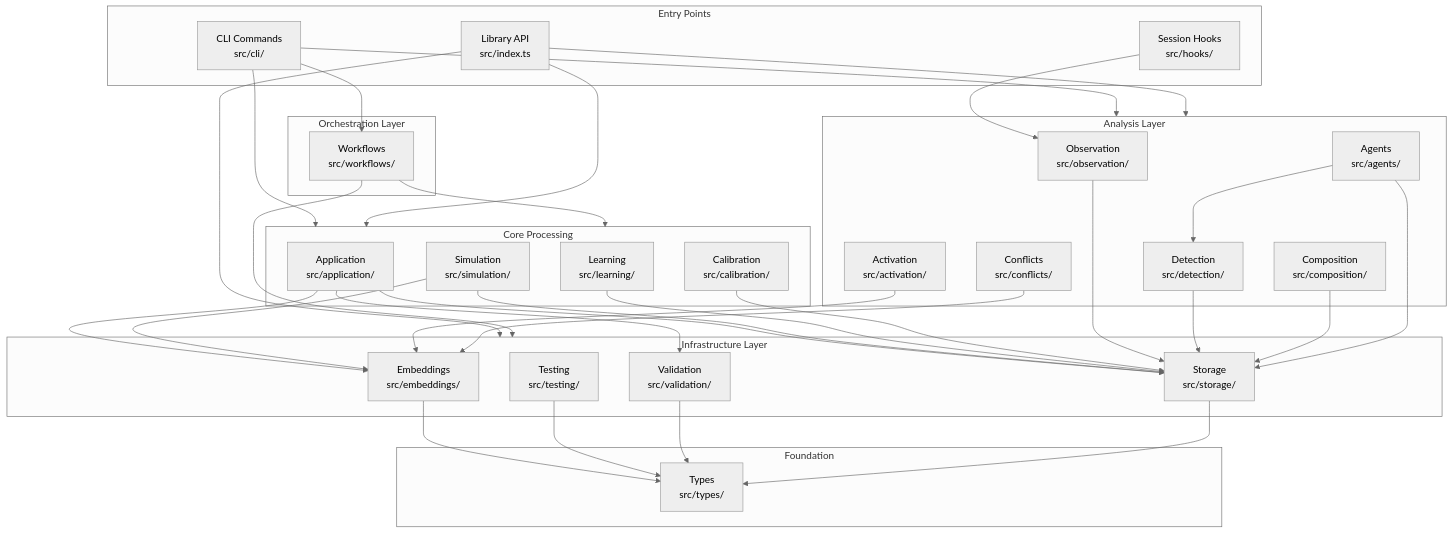
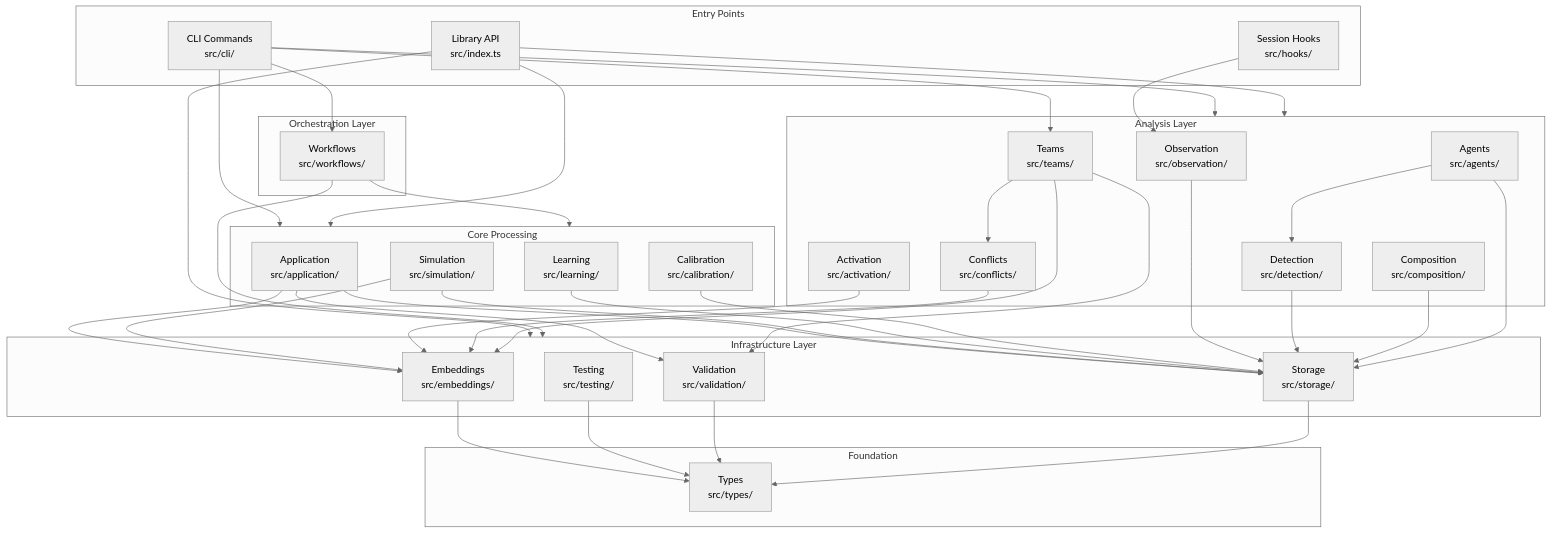
Before and after one commit to Tibsfox/gsd-skill-creator: the diagram in docs/architecture/README.md, drawn with Mermaid (neutral theme). The commit also changed other lines of this file and 1 other file, not shown here.

Commit message:
docs(29-03): update README.md and storage.md with teams integration
- Add Teams node to combined data flow Mermaid diagram in README.md
- Add CLI->Teams, Teams->Val/Emb/Conf edges to data flow diagram
- Add GSD-TEAMS.md link to Related Documentation section
- Add project/user team storage locations to storage locations table
- Add teams scope note explaining project-only agent file generation
- Add Team Config Format subsection with fields reference
- Add teams/ directories to directory structure summary

````diff
--- a/docs/architecture/README.md
+++ b/docs/architecture/README.md
@@ -15,71 +15,77 @@
 ```mermaid
 flowchart TB
     subgraph Entry["Entry Points"]
         CLI["CLI Commands<br/>src/cli/"]
         Hooks["Session Hooks<br/>src/hooks/"]
         API["Library API<br/>src/index.ts"]
     end
 
     subgraph Workflows["Orchestration Layer"]
         WF["Workflows<br/>src/workflows/"]
     end
 
     subgraph Core["Core Processing"]
         App["Application<br/>src/application/"]
         Sim["Simulation<br/>src/simulation/"]
         Learn["Learning<br/>src/learning/"]
         Cal["Calibration<br/>src/calibration/"]
     end
 
     subgraph Analysis["Analysis Layer"]
         Obs["Observation<br/>src/observation/"]
         Det["Detection<br/>src/detection/"]
         Act["Activation<br/>src/activation/"]
         Conf["Conflicts<br/>src/conflicts/"]
         Comp["Composition<br/>src/composition/"]
         Agents["Agents<br/>src/agents/"]
+        TeamsMod["Teams<br/>src/teams/"]
     end
 
     subgraph Infrastructure["Infrastructure Layer"]
         Emb["Embeddings<br/>src/embeddings/"]
         Test["Testing<br/>src/testing/"]
         Val["Validation<br/>src/validation/"]
         Store["Storage<br/>src/storage/"]
     end
 
     subgraph Foundation["Foundation"]
         Types["Types<br/>src/types/"]
     end
 
     CLI --> WF
     CLI --> Core
     CLI --> Analysis
     Hooks --> Obs
     API --> Core
     API --> Analysis
     API --> Infrastructure
 
     WF --> Core
     WF --> Infrastructure
 
     App --> Store
     App --> Val
     App --> Emb
     Sim --> Emb
     Sim --> Store
     Learn --> Store
     Cal --> Store
 
     Obs --> Store
     Det --> Store
     Act --> Emb
     Conf --> Emb
     Comp --> Store
     Agents --> Det
     Agents --> Store
 
+    CLI --> TeamsMod
+    TeamsMod --> Val
+    TeamsMod --> Emb
+    TeamsMod --> Conf
+
     Emb --> Types
     Test --> Types
     Val --> Types
     Store --> Types
 ```
````
